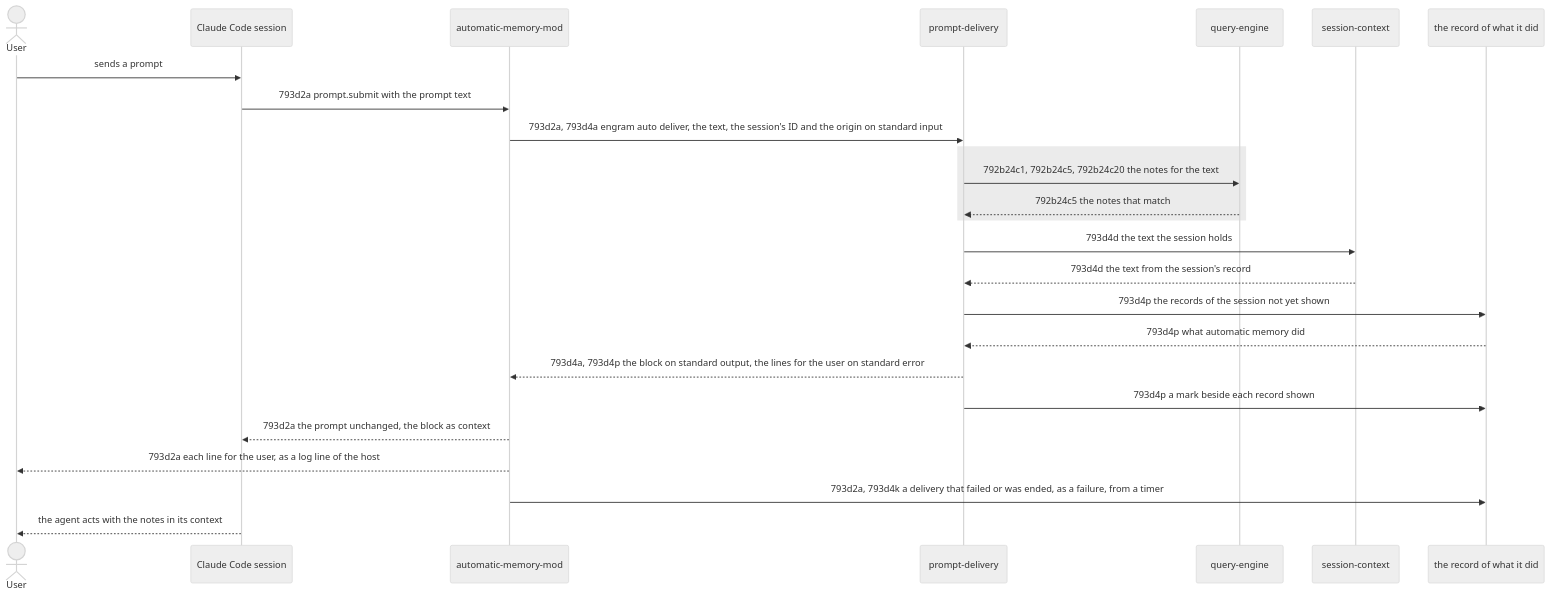
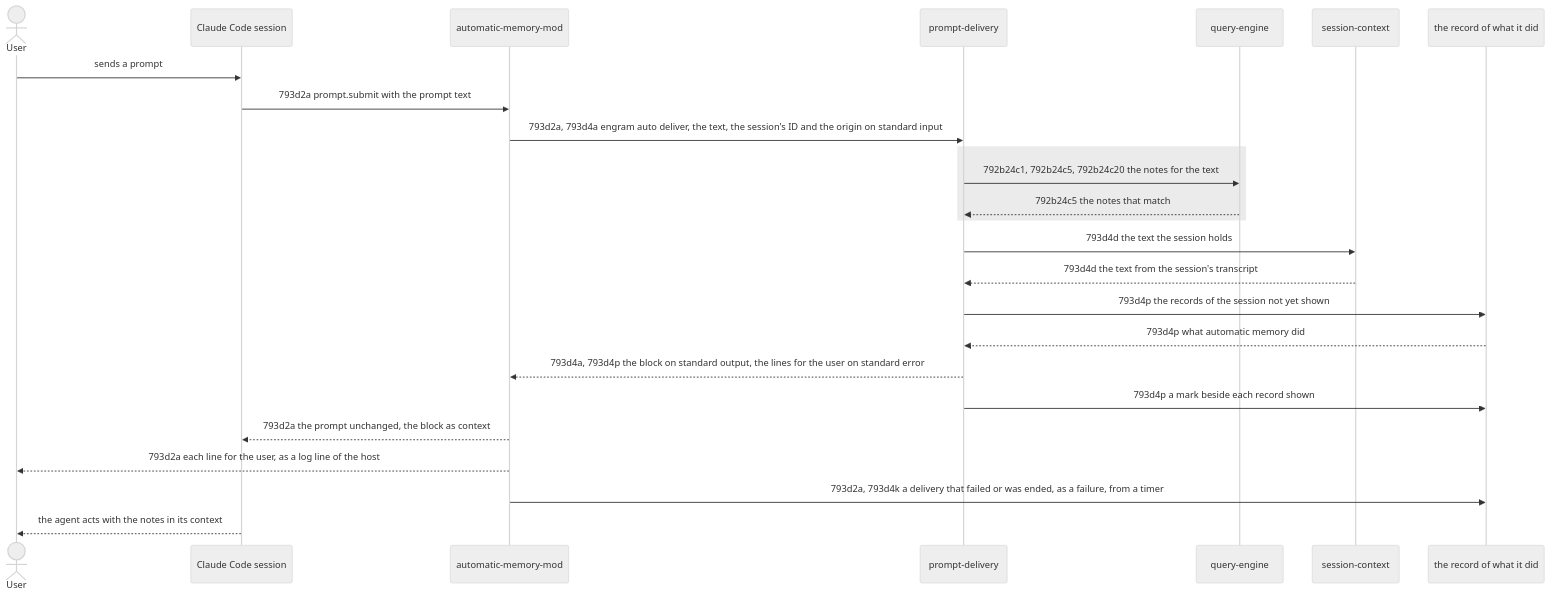
The first of 3 diagrams in docs/changes/793_automatic-memory/793d_technical-spec.md (toejough/engram), drawn with Mermaid (neutral theme) before and after one commit. The commit also changed other lines of this file and 3 other files, not shown here.

First line of the commit message:
docs(793b,c,d,e): one word for each thing: a transcript is the session's, a record is a file automatic memory writes, and the terms move to the glossary at promotion - 793e6i7, 793b124, 793c90

````diff
--- a/docs/changes/793_automatic-memory/793d_technical-spec.md
+++ b/docs/changes/793_automatic-memory/793d_technical-spec.md
@@ -21,28 +21,28 @@
 ```mermaid
 sequenceDiagram
     actor User
     participant Session as Claude Code session
     participant Mod as automatic-memory-mod
     participant Delivery as prompt-delivery
     participant Engine as query-engine
     participant Context as session-context
     participant Records as the record of what it did
 
     User->>Session: sends a prompt
     Session->>Mod: 793d2a prompt.submit with the prompt text
     Mod->>Delivery: 793d2a, 793d4a engram auto deliver, the text, the session's ID and the origin on standard input
     rect rgb(235, 235, 235)
         Delivery->>Engine: 792b24c1, 792b24c5, 792b24c20 the notes for the text
         Engine-->>Delivery: 792b24c5 the notes that match
     end
     Delivery->>Context: 793d4d the text the session holds
-    Context-->>Delivery: 793d4d the text from the session's record
+    Context-->>Delivery: 793d4d the text from the session's transcript
     Delivery->>Records: 793d4p the records of the session not yet shown
     Records-->>Delivery: 793d4p what automatic memory did
     Delivery-->>Mod: 793d4a, 793d4p the block on standard output, the lines for the user on standard error
     Delivery->>Records: 793d4p a mark beside each record shown
     Mod-->>Session: 793d2a the prompt unchanged, the block as context
     Mod-->>User: 793d2a each line for the user, as a log line of the host
     Mod->>Records: 793d2a, 793d4k a delivery that failed or was ended, as a failure, from a timer
     Session-->>User: the agent acts with the notes in its context
 ```
````
